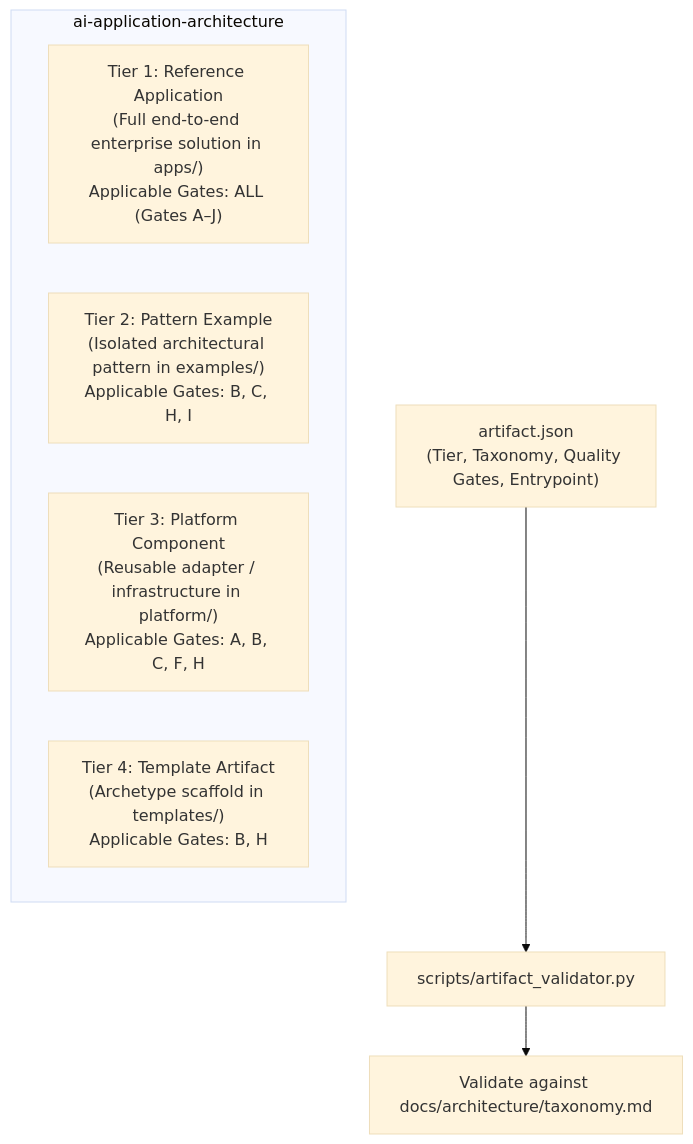
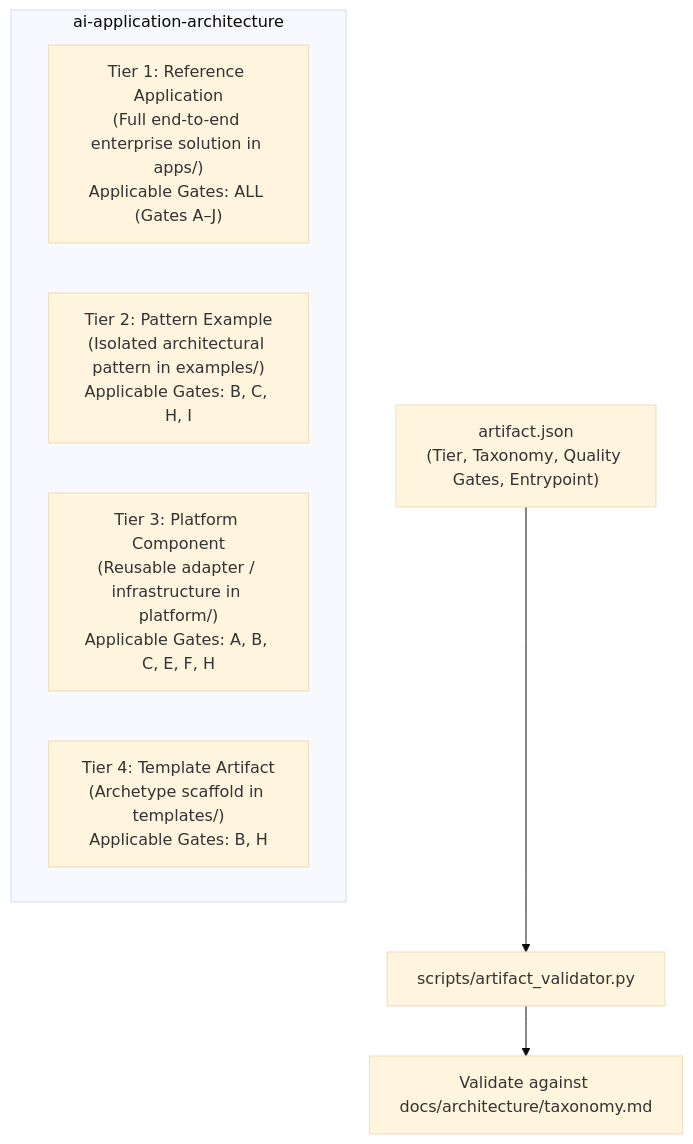
One commit to avadhut-kore/ai-application-architecture changed the diagram in docs/learning/phase-03-reference-templates.md. Above: the diagram before and after it, drawn with Mermaid (base theme). The commit also changed other lines of this file and 304 other files, not shown here.

First line of the commit message:
fix(architecture): complete phase 1-7 remediation and verification

````diff
--- a/docs/learning/phase-03-reference-templates.md
+++ b/docs/learning/phase-03-reference-templates.md
@@ -55,12 +55,12 @@
 ```mermaid
 graph TD
     subgraph Monorepo["ai-application-architecture"]
         T1["Tier 1: Reference Application<br/>(Full end-to-end enterprise solution in apps/)<br/>Applicable Gates: ALL (Gates A–J)"]
         T2["Tier 2: Pattern Example<br/>(Isolated architectural pattern in examples/)<br/>Applicable Gates: B, C, H, I"]
-        T3["Tier 3: Platform Component<br/>(Reusable adapter / infrastructure in platform/)<br/>Applicable Gates: A, B, C, F, H"]
+        T3["Tier 3: Platform Component<br/>(Reusable adapter / infrastructure in platform/)<br/>Applicable Gates: A, B, C, E, F, H"]
         T4["Tier 4: Template Artifact<br/>(Archetype scaffold in templates/)<br/>Applicable Gates: B, H"]
     end
 
     Manifest["artifact.json<br/>(Tier, Taxonomy, Quality Gates, Entrypoint)"] --> Validator["scripts/artifact_validator.py"]
     Validator --> TaxCheck["Validate against docs/architecture/taxonomy.md"]
 ```
````
